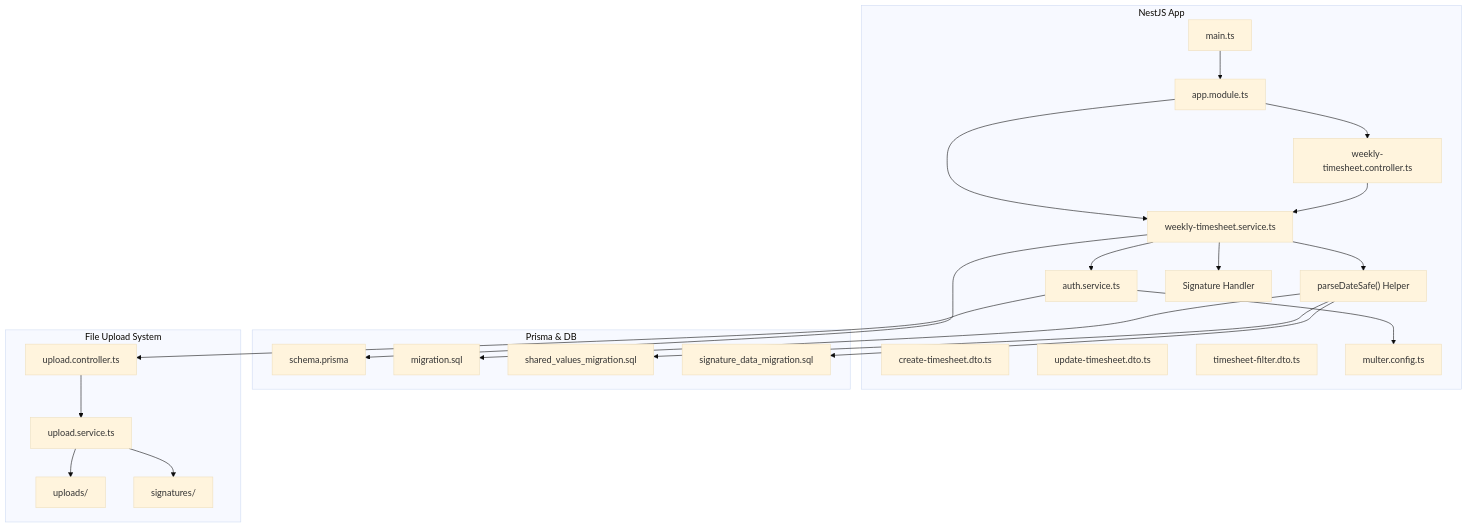
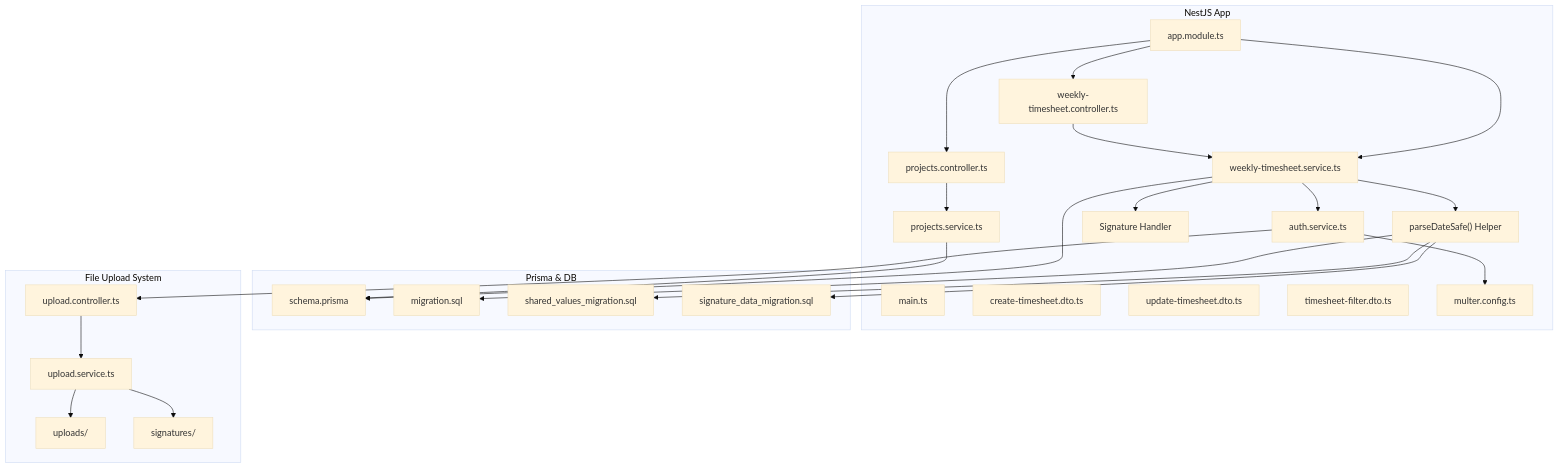
Before and after one commit to RobertRuas/windlog: the first of 10 diagrams in .qoder/repowiki/en/content/Arquitetura Backend/Módulos do Sistema/Timesheet Semanal - Módulo Backend.md, drawn with Mermaid (base theme). The commit also changed other lines of this file and 12 other files, not shown here.

````diff
--- a/.qoder/repowiki/en/content/Arquitetura Backend/Módulos do Sistema/Timesheet Semanal - Módulo Backend.md
+++ b/.qoder/repowiki/en/content/Arquitetura Backend/Módulos do Sistema/Timesheet Semanal - Módulo Backend.md
@@ -64,44 +64,48 @@
 ```mermaid
 graph TB
 subgraph "NestJS App"
 A["app.module.ts"]
 B["main.ts"]
 C["weekly-timesheet.controller.ts"]
 D["weekly-timesheet.service.ts"]
 E["create-timesheet.dto.ts"]
 F["update-timesheet.dto.ts"]
 G["timesheet-filter.dto.ts"]
 H["parseDateSafe() Helper"]
 I["auth.service.ts"]
 J["multer.config.ts"]
 K["Signature Handler"]
+L["projects.controller.ts"]
+M["projects.service.ts"]
 end
 subgraph "Prisma & DB"
-L["schema.prisma"]
-M["migration.sql"]
-N["shared_values_migration.sql"]
-O["signature_data_migration.sql"]
+N["schema.prisma"]
+O["migration.sql"]
+P["shared_values_migration.sql"]
+Q["signature_data_migration.sql"]
 end
 subgraph "File Upload System"
-P["upload.controller.ts"]
-Q["upload.service.ts"]
-R["uploads/"]
-S["signatures/"]
+R["upload.controller.ts"]
+S["upload.service.ts"]
+T["uploads/"]
+U["signatures/"]
 end
 A --> C
 A --> D
 C --> D
 D --> H
 D --> I
 D --> K
-D --> L
-H --> M
-H --> N
+D --> N
 H --> O
+H --> P
+H --> Q
 I --> J
-I --> P
-P --> Q
-Q --> R
-Q --> S
-B --> A
+I --> R
+R --> S
+S --> T
+S --> U
+A --> L
+L --> M
+M --> N
 ```
````
